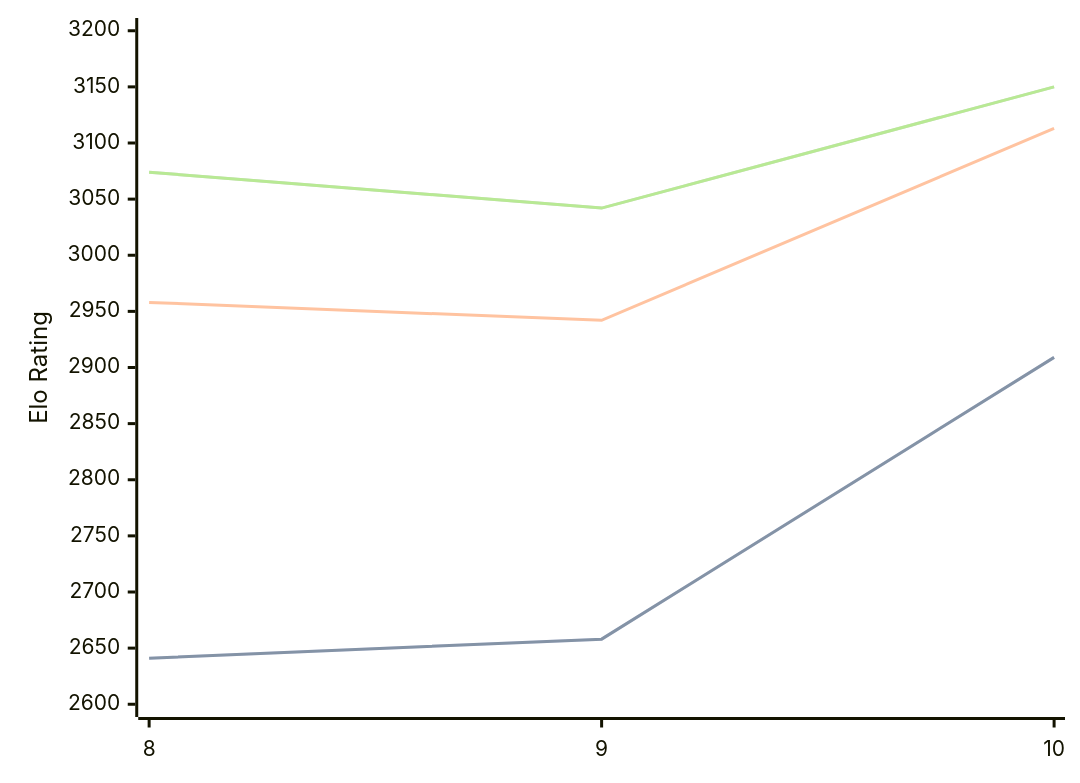
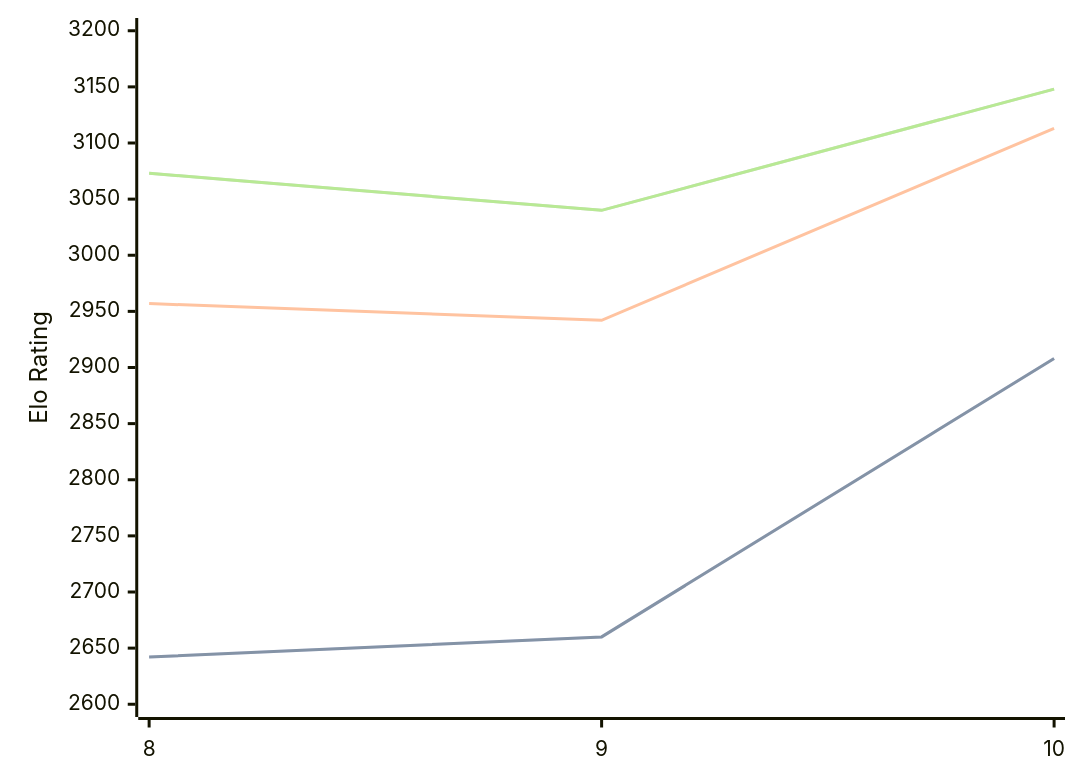
One commit to computer-chess-index/cci changed the diagram in engines/Lozza.md. Above: the diagram before and after it, drawn with Mermaid. The commit also changed other lines of this file, not shown here.

Commit message:
Update CCI Ratings (ELO VLTC) - 2026-02-18

````diff
--- a/engines/Lozza.md
+++ b/engines/Lozza.md
@@ -38,11 +38,11 @@
 ```mermaid
 %%{init: {"theme":"base","themeVariables":{"seriesColors:['#a3a3a3','#222221','#faa371']}}}%%
 xychart-beta
   x-axis ["8", "9", "10"]
   y-axis "Elo Rating" 2600 --> 3200
-  line "STC (8.0+0.08s)" [2641, 2658, 2909]
-  line "STC (8.0+0.08s)" [2641, 2658, 2909]
-  line "LTC (60.0+0.60s)" [2958, 2942, 3113]
-  line "VLTC (2m24s+1.12s)" [3074, 3042, 3150]
-  line "VLTC (2m24s+1.12s)" [3074, 3042, 3150]
+  line "STC (8.0+0.08s)" [2642, 2660, 2908]
+  line "STC (8.0+0.08s)" [2642, 2660, 2908]
+  line "LTC (60.0+0.60s)" [2957, 2942, 3113]
+  line "VLTC (2m24s+1.12s)" [3073, 3040, 3148]
+  line "VLTC (2m24s+1.12s)" [3073, 3040, 3148]
 ```
````
